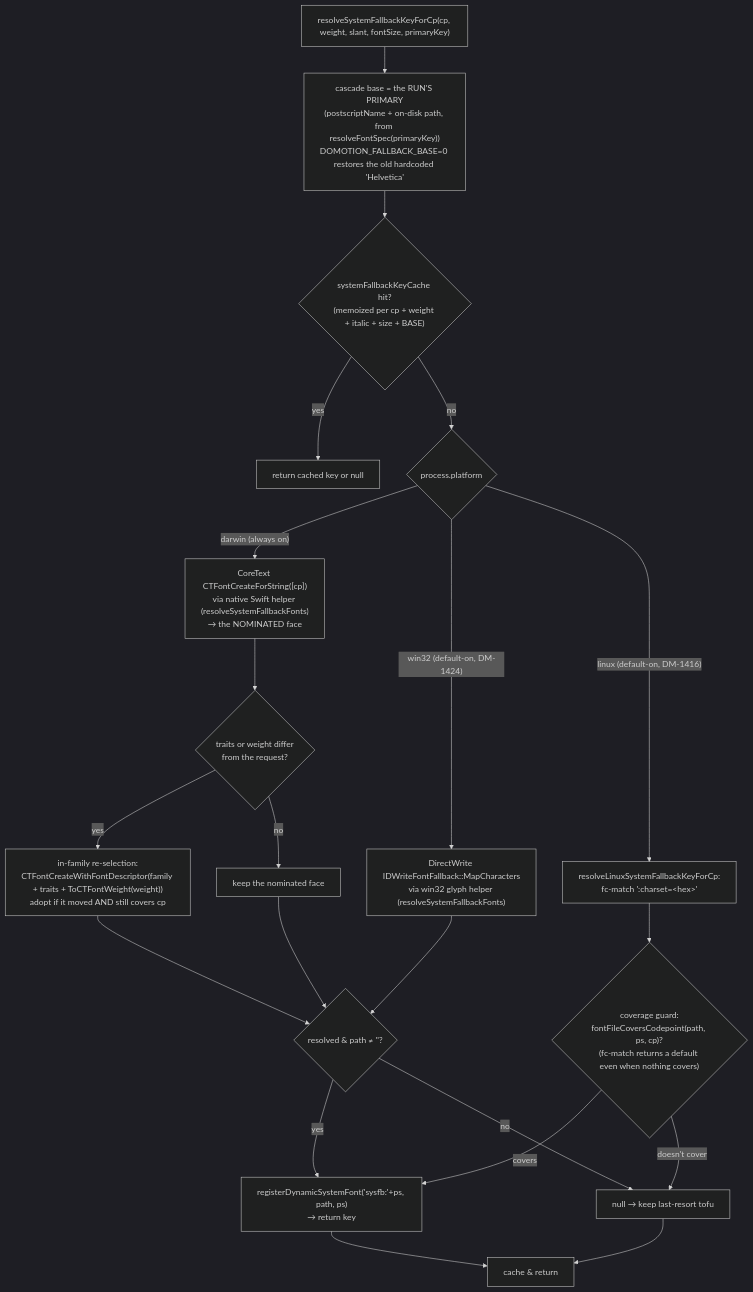
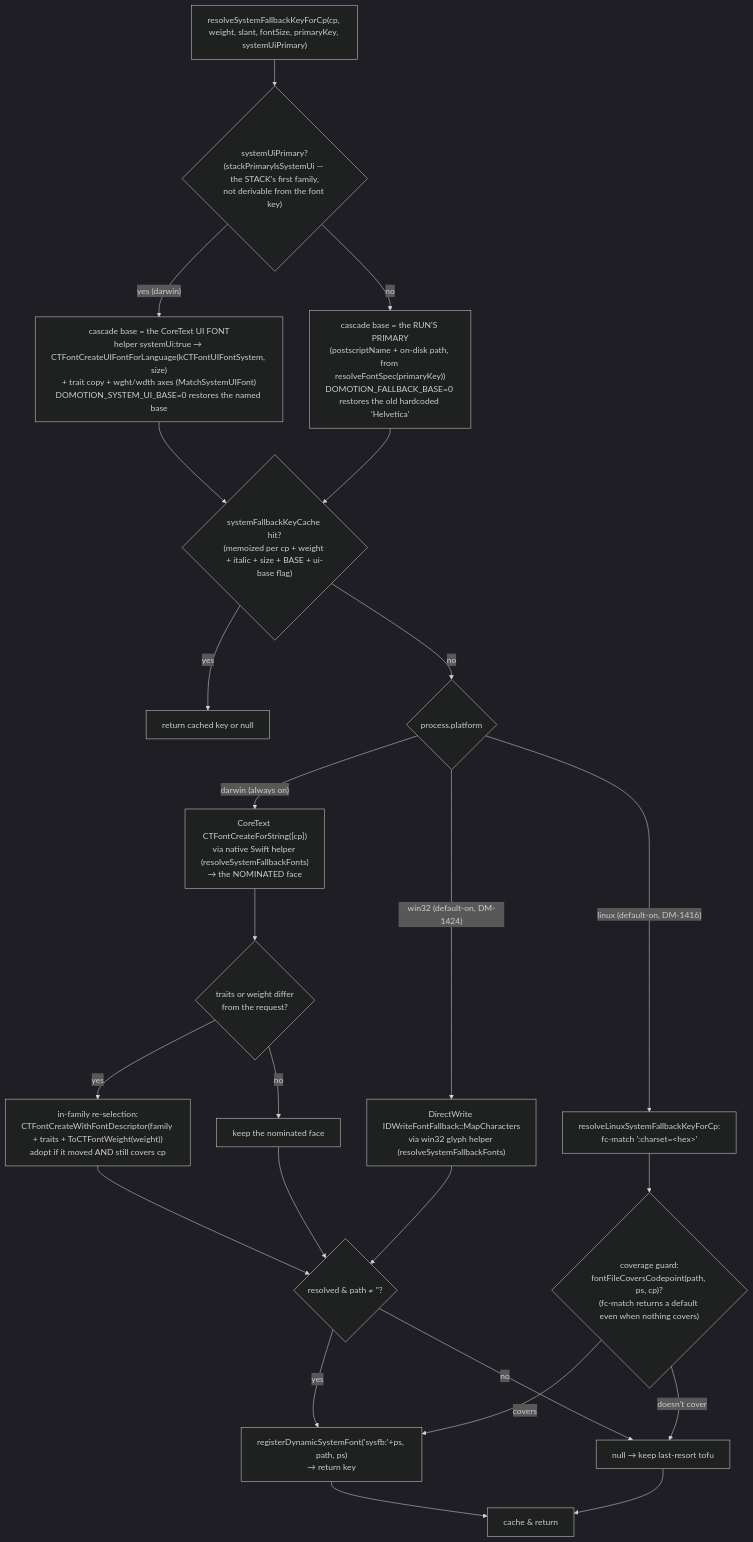
One commit to brianwestphal/domotion changed the tenth of 11 diagrams in docs/font-resolution-diagram.md. Above: the diagram before and after it, drawn with Mermaid (dark theme). The commit also changed other lines of this file and 6 other files, not shown here.

````diff
--- a/docs/font-resolution-diagram.md
+++ b/docs/font-resolution-diagram.md
@@ -753,23 +758,26 @@
 ```mermaid
 flowchart TD
-  SR0["resolveSystemFallbackKeyForCp(cp, weight, slant, fontSize, primaryKey)"] --> SRB["cascade base = the RUN'S PRIMARY<br/>(postscriptName + on-disk path, from resolveFontSpec(primaryKey))<br/>DOMOTION_FALLBACK_BASE=0 restores the old hardcoded 'Helvetica'"]
-  SRB --> SR1{"systemFallbackKeyCache hit?<br/>(memoized per cp + weight + italic + size + BASE)"}
+  SR0["resolveSystemFallbackKeyForCp(cp, weight, slant, fontSize, primaryKey, systemUiPrimary)"] --> SRUI{"systemUiPrimary?<br/>(stackPrimaryIsSystemUi — the STACK's first family,<br/>not derivable from the font key)"}
+  SRUI -->|"yes (darwin)"| SRUIB["cascade base = the CoreText UI FONT<br/>helper systemUi:true → CTFontCreateUIFontForLanguage(kCTFontUIFontSystem, size)<br/>+ trait copy + wght/wdth axes (MatchSystemUIFont)<br/>DOMOTION_SYSTEM_UI_BASE=0 restores the named base"]
+  SRUI -->|"no"| SRB["cascade base = the RUN'S PRIMARY<br/>(postscriptName + on-disk path, from resolveFontSpec(primaryKey))<br/>DOMOTION_FALLBACK_BASE=0 restores the old hardcoded 'Helvetica'"]
+  SRUIB --> SR1
+  SRB --> SR1{"systemFallbackKeyCache hit?<br/>(memoized per cp + weight + italic + size + BASE + ui-base flag)"}
   SR1 -->|"yes"| SRC["return cached key or null"]
   SR1 -->|"no"| SR2{"process.platform"}
   SR2 -->|"darwin (always on)"| SRD0["CoreText CTFontCreateForString([cp])<br/>via native Swift helper (resolveSystemFallbackFonts)<br/>→ the NOMINATED face"]
   SRD0 --> SRD{"traits or weight differ<br/>from the request?"}
   SRD -->|"yes"| SRD1["in-family re-selection:<br/>CTFontCreateWithFontDescriptor(family + traits + ToCTFontWeight(weight))<br/>adopt if it moved AND still covers cp"]
   SRD -->|"no"| SRDN["keep the nominated face"]
   SR2 -->|"linux (default-on, DM-1416)"| SRL["resolveLinuxSystemFallbackKeyForCp:<br/>fc-match ':charset=&lt;hex&gt;'"]
   SR2 -->|"win32 (default-on, DM-1424)"| SRW["DirectWrite IDWriteFontFallback::MapCharacters<br/>via win32 glyph helper (resolveSystemFallbackFonts)"]
   SRD1 --> SRG{"resolved & path ≠ ''?"}
   SRDN --> SRG
   SRL --> SRLG{"coverage guard:<br/>fontFileCoversCodepoint(path, ps, cp)?<br/>(fc-match returns a default even when nothing covers)"}
   SRW --> SRG
   SRG -->|"yes"| SRR["registerDynamicSystemFont('sysfb:'+ps, path, ps)<br/>→ return key"]
   SRG -->|"no"| SRNull["null → keep last-resort tofu"]
   SRLG -->|"covers"| SRR
   SRLG -->|"doesn't cover"| SRNull
   SRR --> SRcache["cache & return"]
   SRNull --> SRcache
 ```
````
